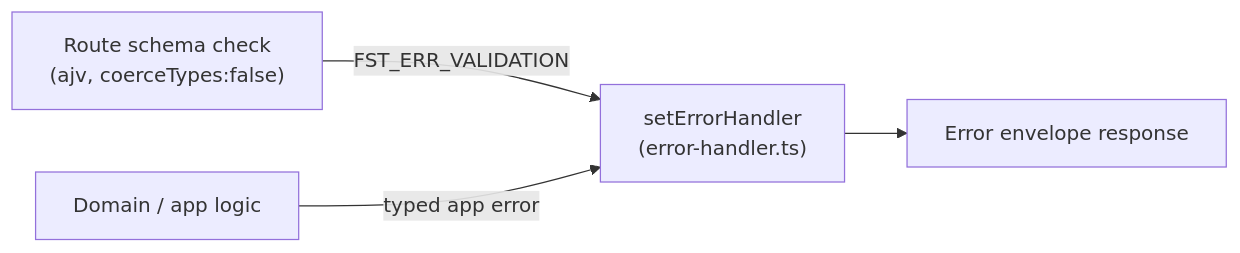
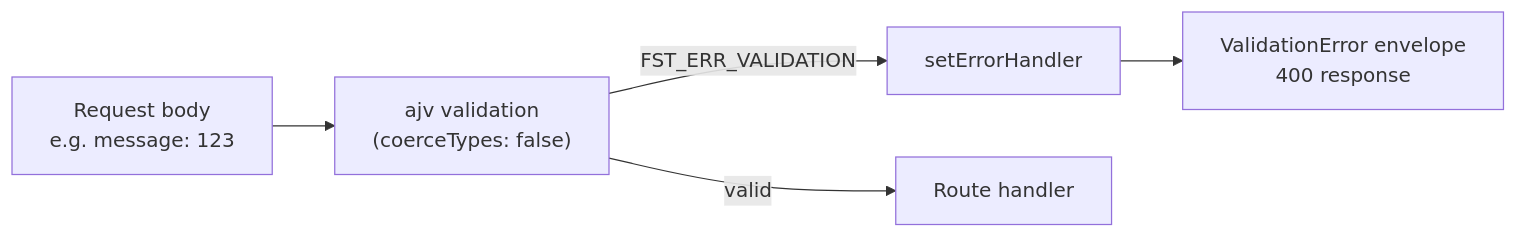
Before and after one commit to stemolly/wiki: the third of 3 diagrams in src/content/docs/architecture/api.md, drawn with Mermaid. The commit also changed other lines of this file and 57 other files, not shown here.

````diff
--- a/src/content/docs/architecture/api.md
+++ b/src/content/docs/architecture/api.md
@@ -81,11 +117,13 @@
 ```mermaid
 flowchart LR
-    A["Route schema check<br/>(ajv, coerceTypes:false)"]
-    B["Domain / app logic"]
-    C["setErrorHandler<br/>(error-handler.ts)"]
-    D["Error envelope response"]
+    REQ["Request body<br/>e.g. message: 123"]
+    AJV["ajv validation<br/>(coerceTypes: false)"]
+    ERR["setErrorHandler"]
+    ENV["ValidationError envelope<br/>400 response"]
+    OK["Route handler"]
 
-    A -->|"FST_ERR_VALIDATION"| C
-    B -->|"typed app error"| C
-    C --> D
+    REQ --> AJV
+    AJV -->|"FST_ERR_VALIDATION"| ERR
+    AJV -->|"valid"| OK
+    ERR --> ENV
 ```
````
